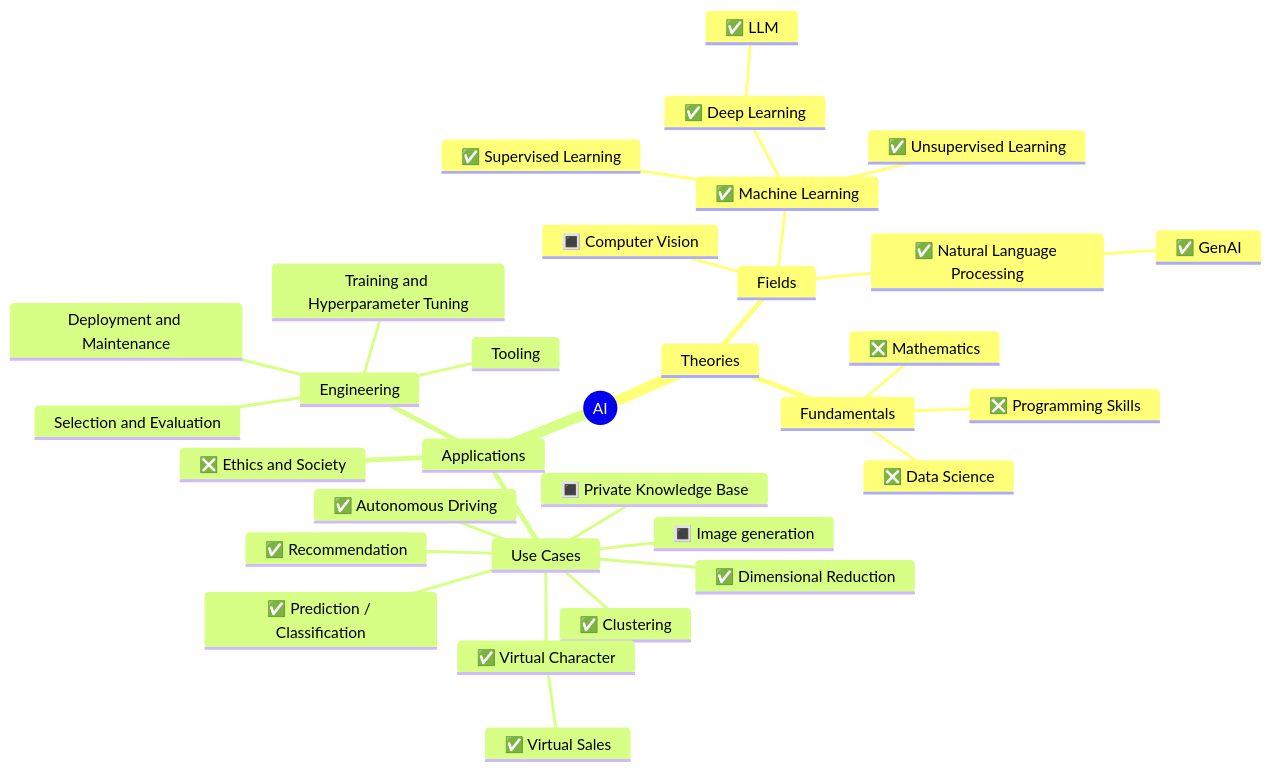
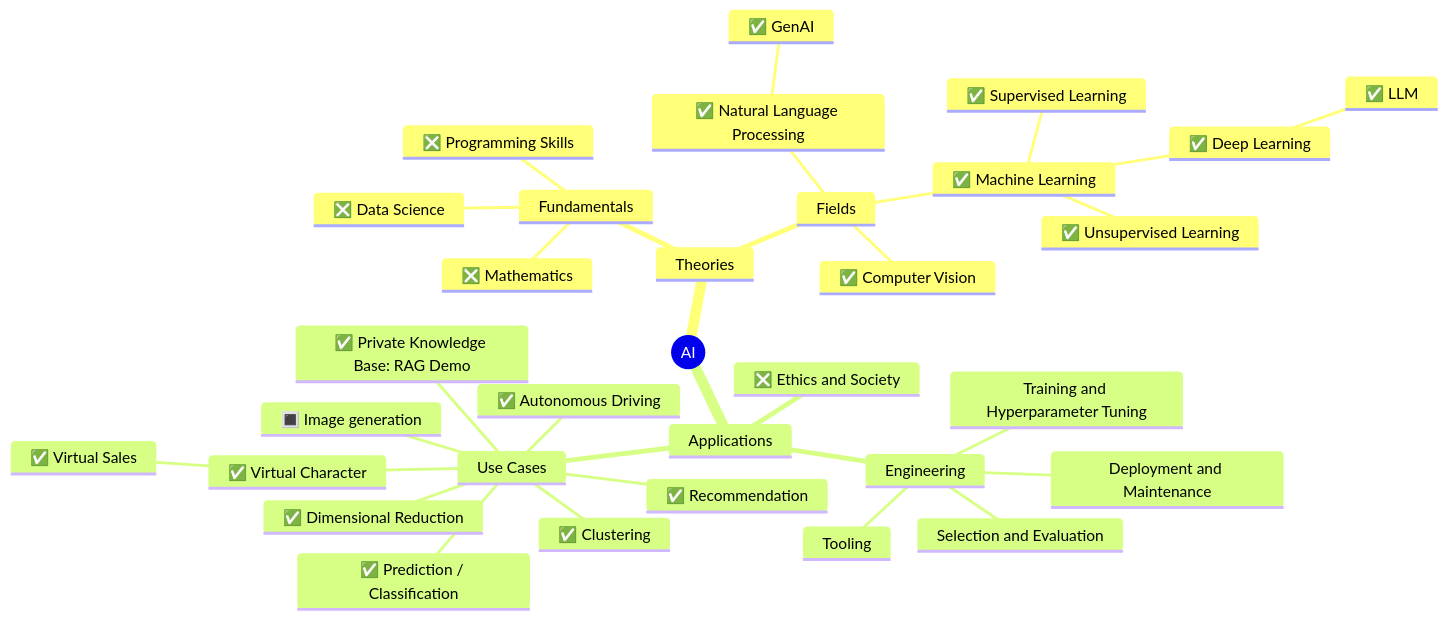
One commit to weirong2/ai-odyssey changed the diagram in README.md. Above: the diagram before and after it, drawn with Mermaid.

Commit message:
session 06

````diff
--- a/README.md
+++ b/README.md
@@ -5,35 +5,35 @@
 ```mermaid
 mindmap
   root((AI))
     Theories
       Fundamentals
         ❎ Mathematics
         ❎ Programming Skills
         ❎ Data Science
       Fields
         ✅ Machine Learning
           ✅ Supervised Learning
           ✅ Unsupervised Learning
           ✅ Deep Learning
             ✅ LLM
         ✅ Natural Language Processing
           ✅ GenAI
-        🔳 Computer Vision
+        ✅ Computer Vision
     Applications
       Use Cases
         ✅ Prediction / Classification
         ✅ Clustering
         ✅ Dimensional Reduction
         ✅ Recommendation
         ✅ Autonomous Driving
         ✅ Virtual Character
           ✅ Virtual Sales
-        🔳 Private Knowledge Base
+        ✅ Private Knowledge Base: RAG Demo
         🔳 Image generation
       Engineering
         Tooling
         Selection and Evaluation
         Training and Hyperparameter Tuning
         Deployment and Maintenance
       ❎ Ethics and Society
 ```
````
